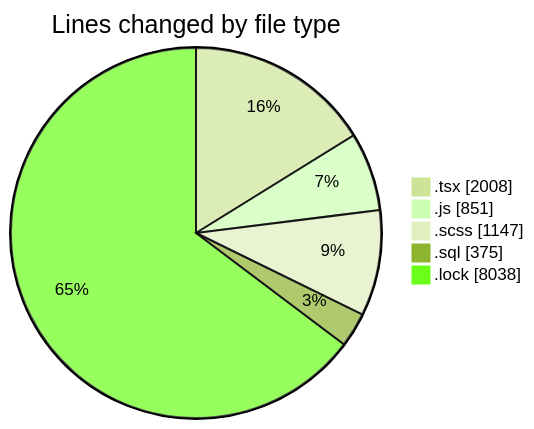
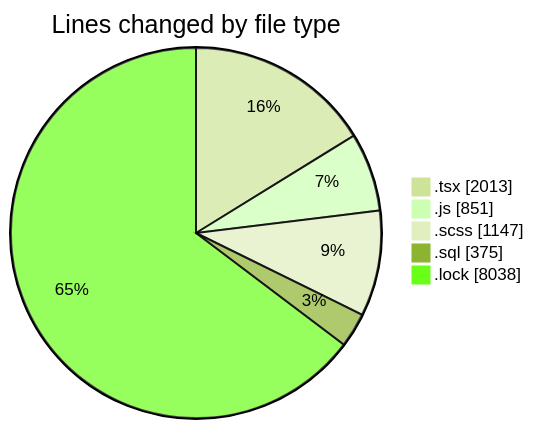
The first of 2 diagrams in 2025-03-18/cda/README.md (momahboobian/code-tracking), drawn with Mermaid (forest theme) before and after one commit. The commit also changed other lines of this file and 1 other file, not shown here.

````diff
--- a/2025-03-18/cda/README.md
+++ b/2025-03-18/cda/README.md
@@ -34,9 +34,9 @@
 ```mermaid
 pie showData
 title Lines changed by file type
-".tsx" : 2008
+".tsx" : 2013
 ".js" : 851
 ".scss" : 1147
 ".sql" : 375
 ".lock" : 8038
 ```
````
